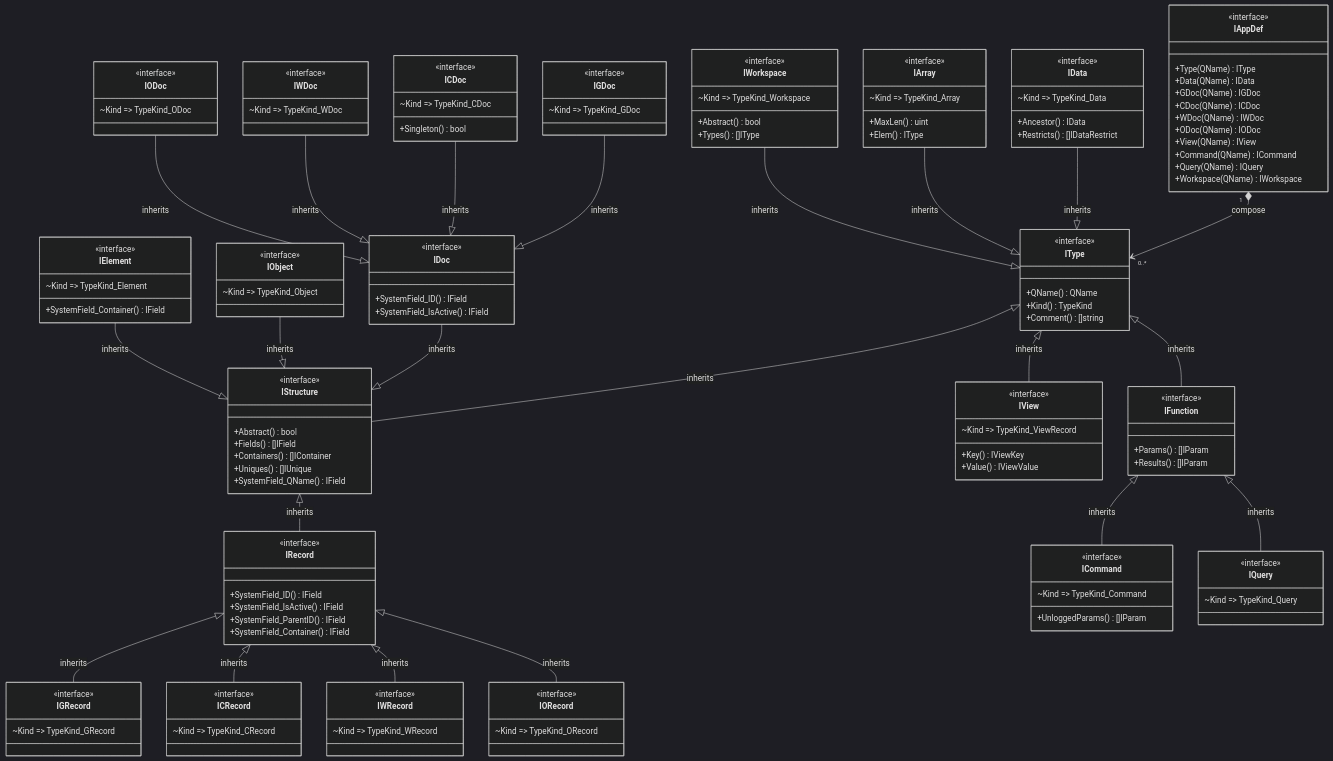
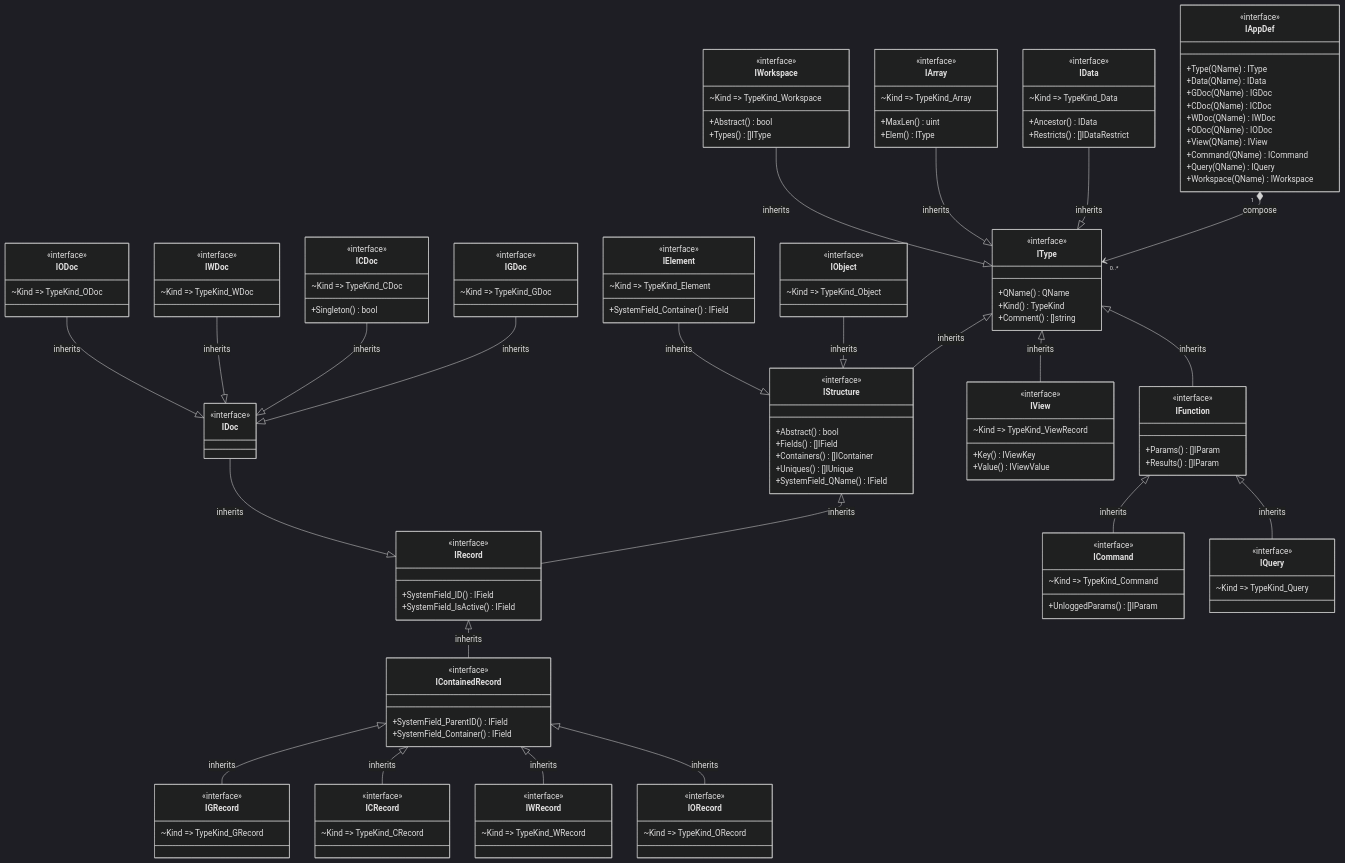
Before and after one commit to voedger/voedger: the first of 7 diagrams in pkg/appdef/README.md, drawn with Mermaid (dark theme). The commit also changed other lines of this file, not shown here.

```diff
--- a/pkg/appdef/README.md
+++ b/pkg/appdef/README.md
@@ -56,11 +56,16 @@
         +SystemField_QName() IField
     }
 
-    IDoc --|> IStructure : inherits
-    class IDoc {
+    IStructure <|-- IRecord  : inherits
+    class IRecord {
         <<interface>>
         +SystemField_ID() IField
         +SystemField_IsActive() IField
+    }
+
+    IDoc --|> IRecord : inherits
+    class IDoc {
+        <<interface>>
     }
 
     IGDoc --|> IDoc : inherits
@@ -88,34 +93,32 @@
         ~Kind => TypeKind_ODoc
     }
 
-    IStructure <|-- IRecord  : inherits
-    class IRecord {
+    IRecord <|-- IContainedRecord  : inherits
+    class IContainedRecord {
         <<interface>>
-        +SystemField_ID() IField
-        +SystemField_IsActive() IField
         +SystemField_ParentID() IField
         +SystemField_Container() IField
     }
 
-    IRecord <|-- IGRecord : inherits
+    IContainedRecord <|-- IGRecord : inherits
     class IGRecord {
         <<interface>>
         ~Kind => TypeKind_GRecord
     }
 
-    IRecord <|-- ICRecord : inherits
+    IContainedRecord <|-- ICRecord : inherits
     class ICRecord {
         <<interface>>
         ~Kind => TypeKind_CRecord
     }
 
-    IRecord <|-- IWRecord : inherits
+    IContainedRecord <|-- IWRecord : inherits
     class IWRecord {
         <<interface>>
         ~Kind => TypeKind_WRecord
     }
 
-    IRecord <|-- IORecord : inherits
+    IContainedRecord <|-- IORecord : inherits
     class IORecord {
         <<interface>>
         ~Kind => TypeKind_ORecord
```
